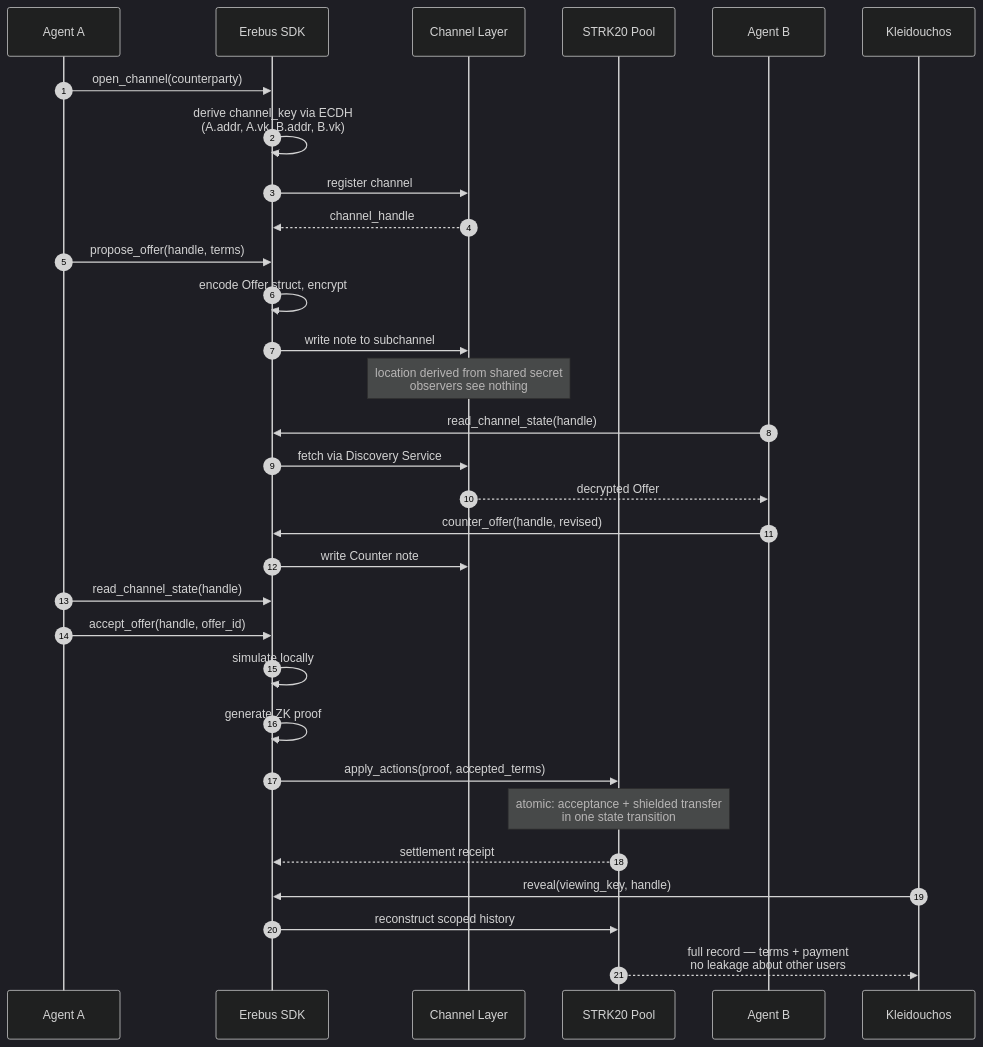
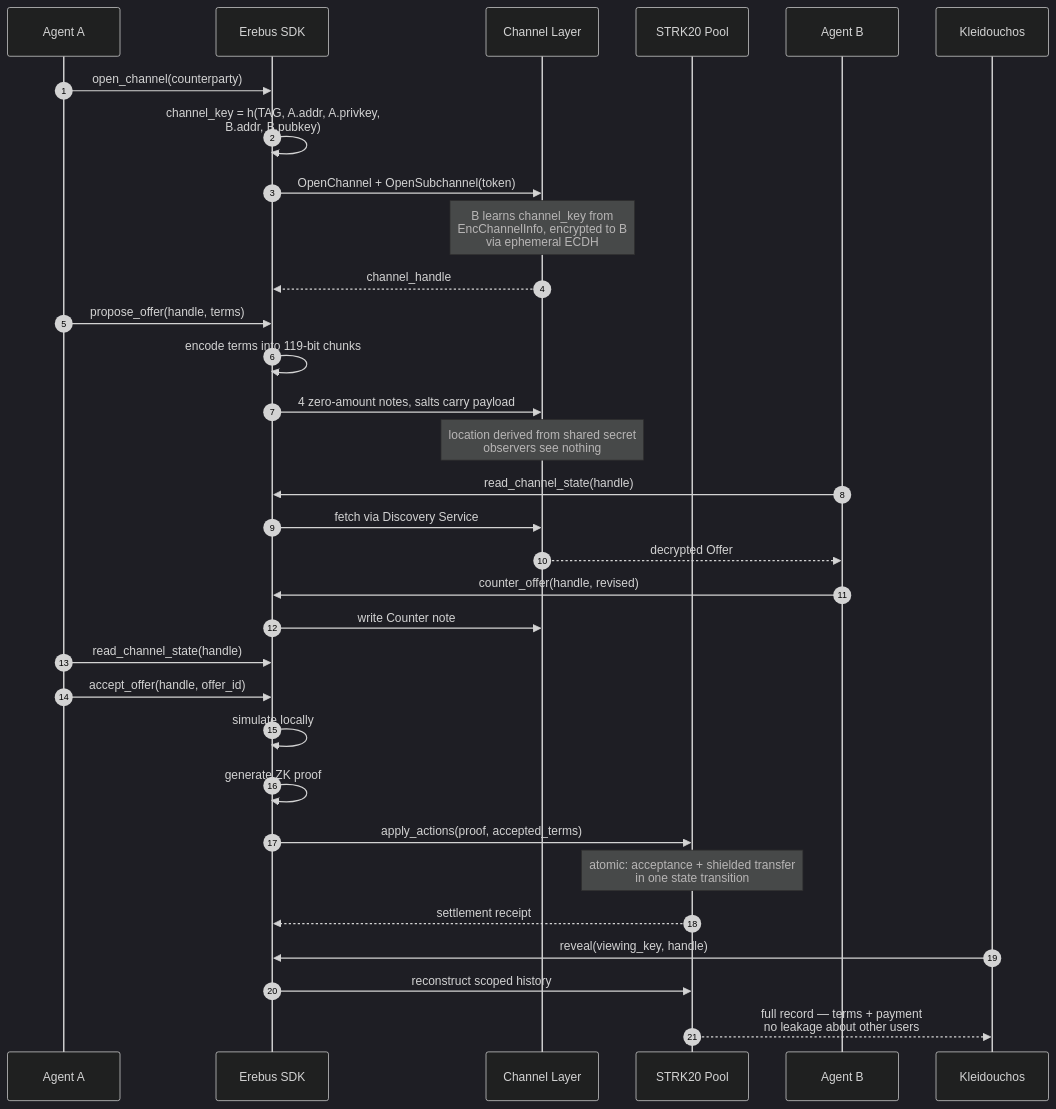
One commit to PoulavBhowmick03/Erebus changed the second of 3 diagrams in ARCHITECTURE.md. Above: the diagram before and after it, drawn with Mermaid (dark theme). The commit also changed other lines of this file and 9 other files, not shown here.

````diff
--- a/ARCHITECTURE.md
+++ b/ARCHITECTURE.md
@@ -59,39 +75,40 @@
 ```mermaid
 sequenceDiagram
     autonumber
     participant A as Agent A
     participant SDK as Erebus SDK
     participant CH as Channel Layer
     participant POOL as STRK20 Pool
     participant B as Agent B
     participant K as Kleidouchos
 
     A->>SDK: open_channel(counterparty)
-    SDK->>SDK: derive channel_key via ECDH<br/>(A.addr, A.vk, B.addr, B.vk)
-    SDK->>CH: register channel
+    SDK->>SDK: channel_key = h(TAG, A.addr, A.privkey,<br/>B.addr, B.pubkey)
+    SDK->>CH: OpenChannel + OpenSubchannel(token)
+    Note over CH: B learns channel_key from<br/>EncChannelInfo, encrypted to B<br/>via ephemeral ECDH
     CH-->>SDK: channel_handle
 
     A->>SDK: propose_offer(handle, terms)
-    SDK->>SDK: encode Offer struct, encrypt
-    SDK->>CH: write note to subchannel
+    SDK->>SDK: encode terms into 119-bit chunks
+    SDK->>CH: 4 zero-amount notes, salts carry payload
     Note over CH: location derived from shared secret<br/>observers see nothing
 
     B->>SDK: read_channel_state(handle)
     SDK->>CH: fetch via Discovery Service
     CH-->>B: decrypted Offer
 
     B->>SDK: counter_offer(handle, revised)
     SDK->>CH: write Counter note
     A->>SDK: read_channel_state(handle)
     A->>SDK: accept_offer(handle, offer_id)
 
     SDK->>SDK: simulate locally
     SDK->>SDK: generate ZK proof
     SDK->>POOL: apply_actions(proof, accepted_terms)
     Note over POOL: atomic: acceptance + shielded transfer<br/>in one state transition
     POOL-->>SDK: settlement receipt
 
     K->>SDK: reveal(viewing_key, handle)
     SDK->>POOL: reconstruct scoped history
     POOL-->>K: full record — terms + payment<br/>no leakage about other users
 ```
````
